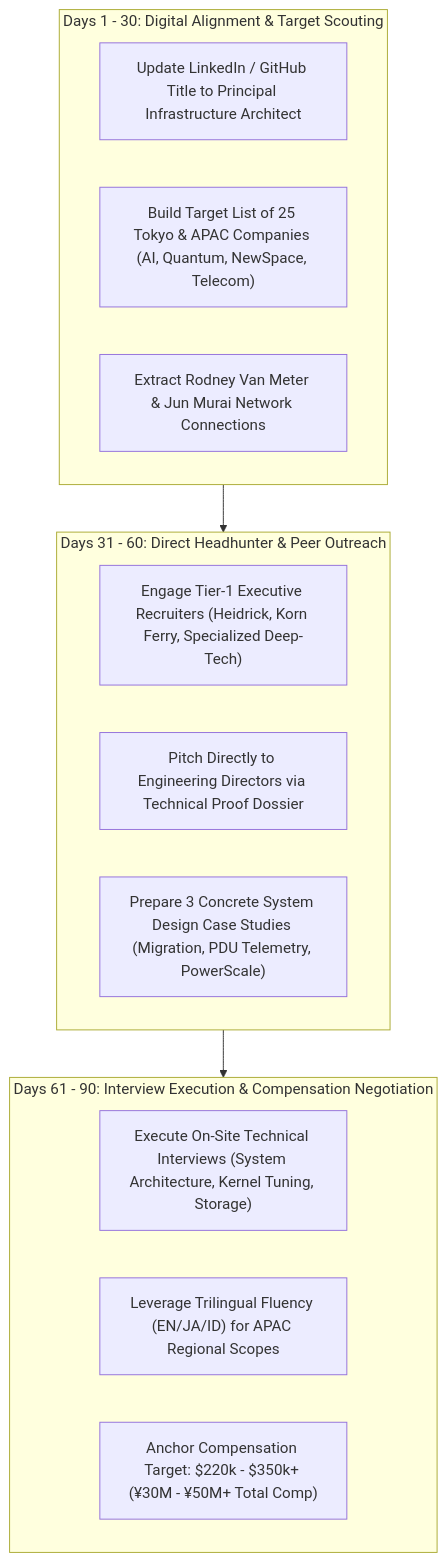
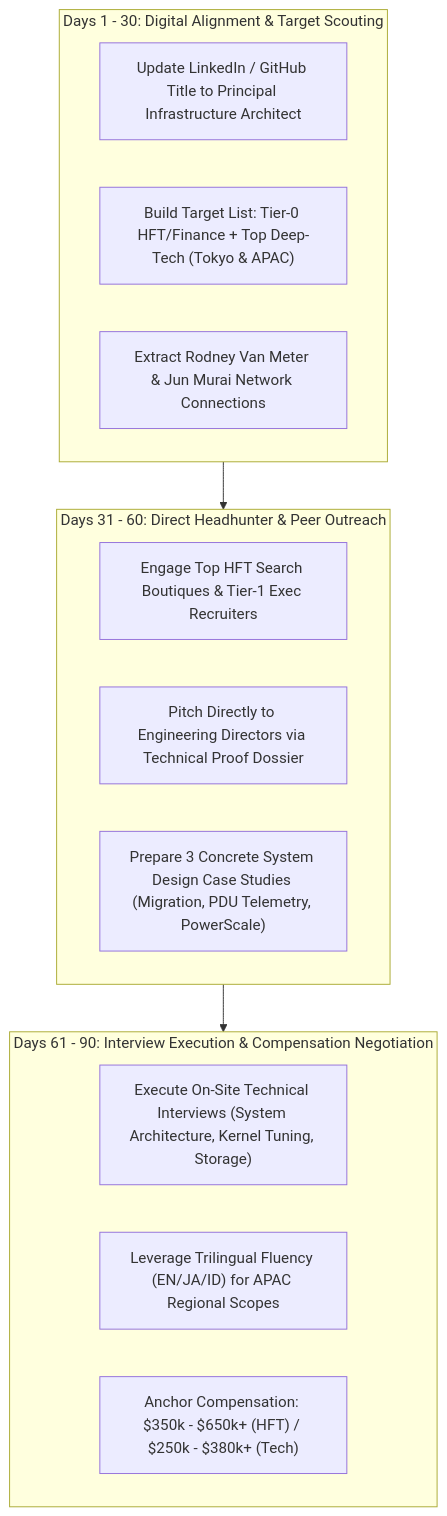
The fourth of 4 diagrams in PROPOSAL.md (dikshie/Awesome-CV), drawn with Mermaid before and after one commit. The commit also changed other lines of this file, not shown here.

Commit message:
docs: add Tier-0 ultra-low-latency financial and HFT market infrastructure track to PROPOSAL.md

````diff
--- a/PROPOSAL.md
+++ b/PROPOSAL.md
@@ -559,22 +645,22 @@
 ```mermaid
 flowchart TD
     subgraph D30["Days 1 - 30: Digital Alignment & Target Scouting"]
         A1["Update LinkedIn / GitHub Title to Principal Infrastructure Architect"]
-        A2["Build Target List of 25 Tokyo & APAC Companies (AI, Quantum, NewSpace, Telecom)"]
+        A2["Build Target List: Tier-0 HFT/Finance + Top Deep-Tech (Tokyo & APAC)"]
         A3["Extract Rodney Van Meter & Jun Murai Network Connections"]
     end
 
     subgraph D60["Days 31 - 60: Direct Headhunter & Peer Outreach"]
-        B1["Engage Tier-1 Executive Recruiters (Heidrick, Korn Ferry, Specialized Deep-Tech)"]
+        B1["Engage Top HFT Search Boutiques & Tier-1 Exec Recruiters"]
         B2["Pitch Directly to Engineering Directors via Technical Proof Dossier"]
         B3["Prepare 3 Concrete System Design Case Studies (Migration, PDU Telemetry, PowerScale)"]
     end
 
     subgraph D90["Days 61 - 90: Interview Execution & Compensation Negotiation"]
         C1["Execute On-Site Technical Interviews (System Architecture, Kernel Tuning, Storage)"]
         C2["Leverage Trilingual Fluency (EN/JA/ID) for APAC Regional Scopes"]
-        C3["Anchor Compensation Target: $220k - $350k+ (¥30M - ¥50M+ Total Comp)"]
+        C3["Anchor Compensation: $350k - $650k+ (HFT) / $250k - $380k+ (Tech)"]
     end
 
     D30 --> D60 --> D90
 ```
````
